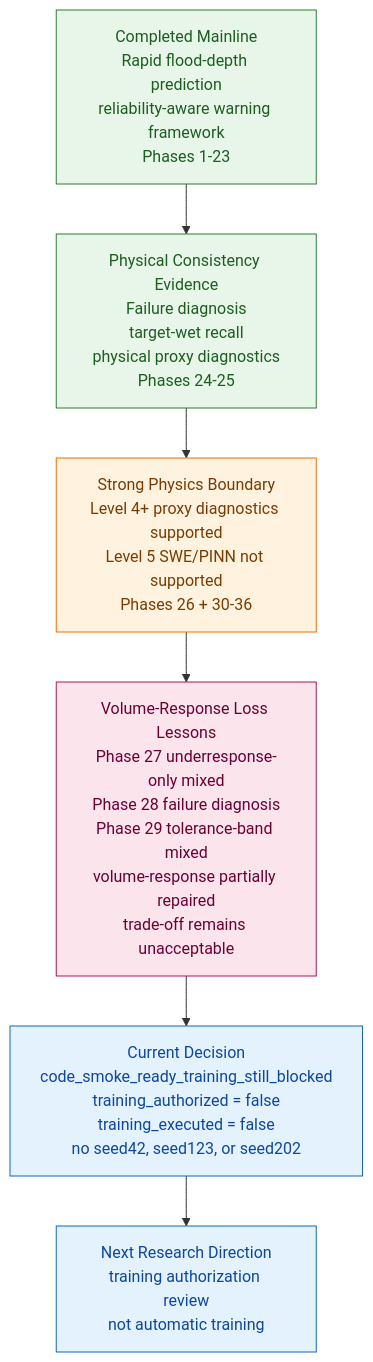
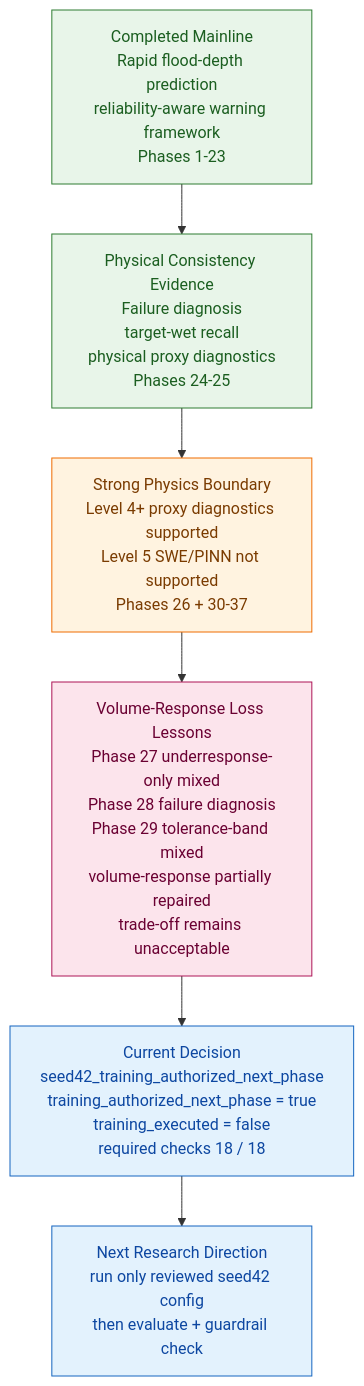
Before and after one commit to HolyLin990604/physics-guided-urban-flood-prediction: the third of 3 diagrams in README.md, drawn with Mermaid. The commit also changed other lines of this file and 2 other files, not shown here.

Commit message:
docs: sync phase37 seed42 authorization status

````diff
--- a/README.md
+++ b/README.md
@@ -468,16 +470,16 @@
 ```mermaid
 flowchart TD
     A["Completed Mainline<br/>Rapid flood-depth prediction<br/>reliability-aware warning framework<br/>Phases 1-23"]:::completed
     B["Physical Consistency Evidence<br/>Failure diagnosis<br/>target-wet recall<br/>physical proxy diagnostics<br/>Phases 24-25"]:::completed
-    C["Strong Physics Boundary<br/>Level 4+ proxy diagnostics supported<br/>Level 5 SWE/PINN not supported<br/>Phases 26 + 30-36"]:::boundary
+    C["Strong Physics Boundary<br/>Level 4+ proxy diagnostics supported<br/>Level 5 SWE/PINN not supported<br/>Phases 26 + 30-37"]:::boundary
     D["Volume-Response Loss Lessons<br/>Phase 27 underresponse-only mixed<br/>Phase 28 failure diagnosis<br/>Phase 29 tolerance-band mixed<br/>volume-response partially repaired<br/>trade-off remains unacceptable"]:::diagnosis
-    E["Current Decision<br/>code_smoke_ready_training_still_blocked<br/>training_authorized = false<br/>training_executed = false<br/>no seed42, seed123, or seed202"]:::current
-    F["Next Research Direction<br/>training authorization review<br/>not automatic training"]:::current
+    E["Current Decision<br/>seed42_training_authorized_next_phase<br/>training_authorized_next_phase = true<br/>training_executed = false<br/>required checks 18 / 18"]:::current
+    F["Next Research Direction<br/>run only reviewed seed42 config<br/>then evaluate + guardrail check"]:::current
 
     A --> B --> C --> D --> E --> F
 
     classDef completed fill:#e8f5e9,stroke:#2e7d32,color:#1b5e20
     classDef boundary fill:#fff3e0,stroke:#ef6c00,color:#7a3b00
     classDef diagnosis fill:#fce4ec,stroke:#ad1457,color:#6a0032
     classDef current fill:#e3f2fd,stroke:#1565c0,color:#0d47a1
 ```
````
